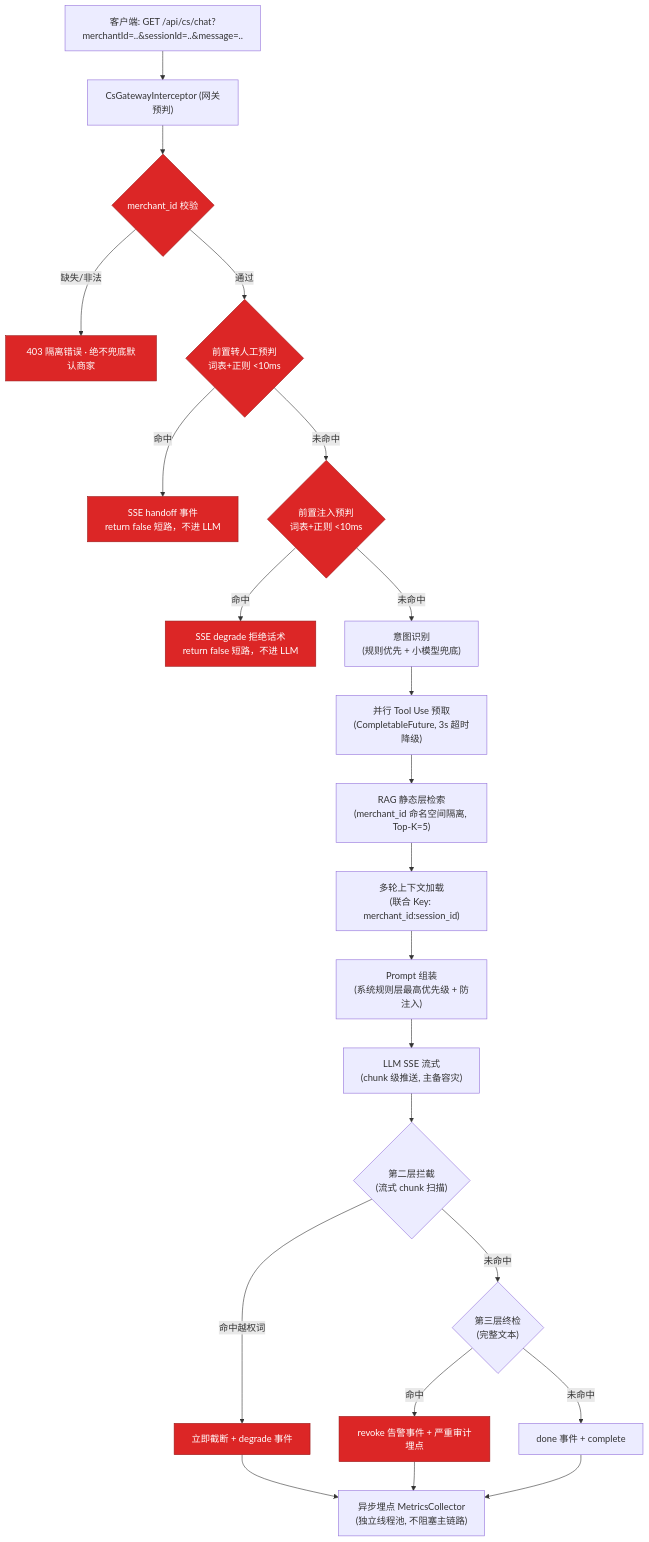
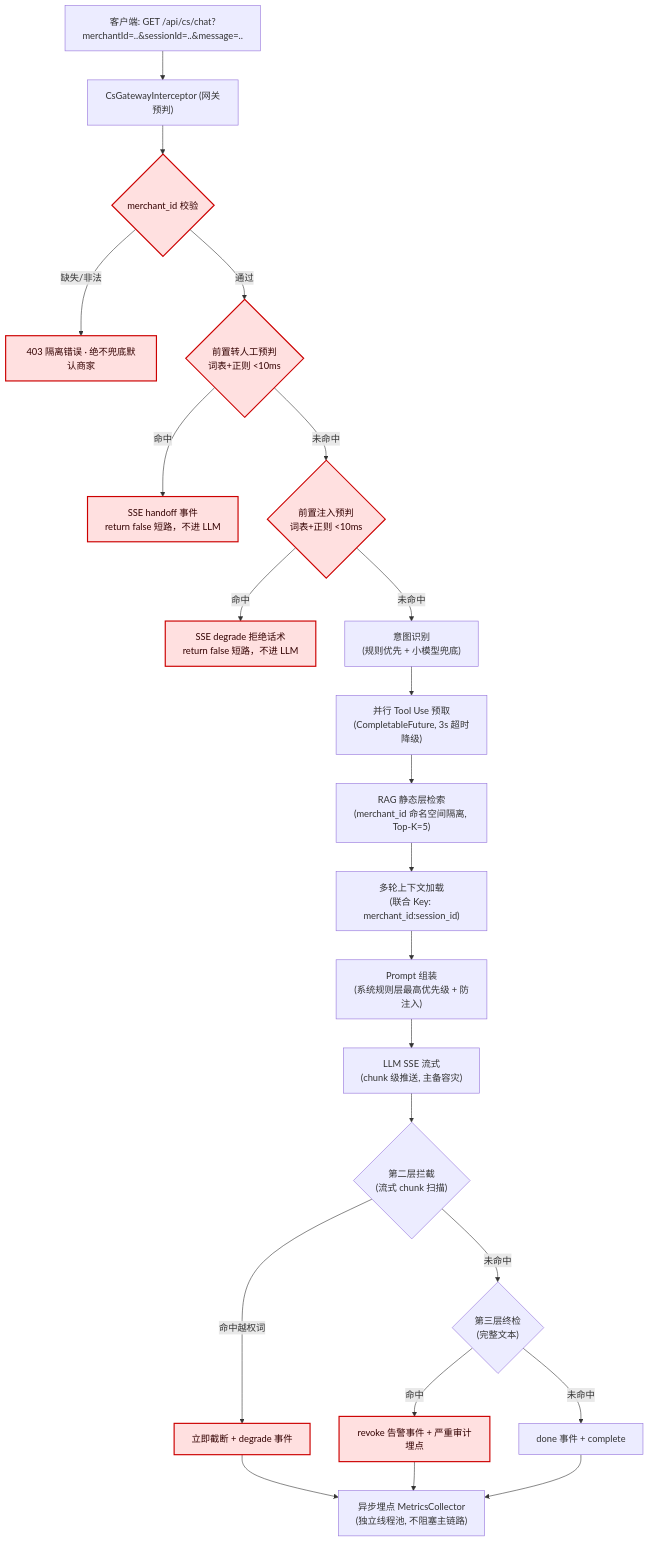
The first of 2 diagrams in uniselect-cs-agent/README.md (CHANSingYeungSunny/uniselect-agent-backend), drawn with Mermaid before and after one commit. The commit also changed other lines of this file and 19 other files, not shown here.

Commit message:
feat: 撖潸揚 Agent 璅∪? + README Mermaid 靽桀?

````diff
--- a/uniselect-cs-agent/README.md
+++ b/uniselect-cs-agent/README.md
@@ -29,27 +29,27 @@
 ```mermaid
 flowchart TD
     A["客户端: GET /api/cs/chat?merchantId=..&sessionId=..&message=.."] --> B["CsGatewayInterceptor (网关预判)"]
     B --> C{"merchant_id 校验"}
     C -- 缺失/非法 --> D["403 隔离错误 · 绝不兜底默认商家"]
     C -- 通过 --> E{"前置转人工预判<br/>词表+正则 <10ms"}
     E -- 命中 --> F["SSE handoff 事件<br/>return false 短路，不进 LLM"]
     E -- 未命中 --> E2{"前置注入预判<br/>词表+正则 <10ms"}
     E2 -- 命中 --> F2["SSE degrade 拒绝话术<br/>return false 短路，不进 LLM"]
     E2 -- 未命中 --> G["意图识别<br/>(规则优先 + 小模型兜底)"]
     G --> H["并行 Tool Use 预取<br/>(CompletableFuture, 3s 超时降级)"]
     H --> I["RAG 静态层检索<br/>(merchant_id 命名空间隔离, Top-K=5)"]
     I --> J["多轮上下文加载<br/>(联合 Key: merchant_id:session_id)"]
     J --> K["Prompt 组装<br/>(系统规则层最高优先级 + 防注入)"]
     K --> L["LLM SSE 流式<br/>(chunk 级推送, 主备容灾)"]
     L --> M{"第二层拦截<br/>(流式 chunk 扫描)"}
     M -- 命中越权词 --> N["立即截断 + degrade 事件"]
     M -- 未命中 --> O{"第三层终检<br/>(完整文本)"}
     O -- 命中 --> P["revoke 告警事件 + 严重审计埋点"]
     O -- 未命中 --> Q["done 事件 + complete"]
     Q --> R["异步埋点 MetricsCollector<br/>(独立线程池, 不阻塞主链路)"]
     N --> R
     P --> R
 
-    classDef red fill:#dc2626,stroke:#991b1b,color:#ffffff;
+    classDef red fill:#ffe0e0,stroke:#c00,color:#330000,stroke-width:2px;
     class C,D,E,E2,F,F2,N,P red;
 ```
````
